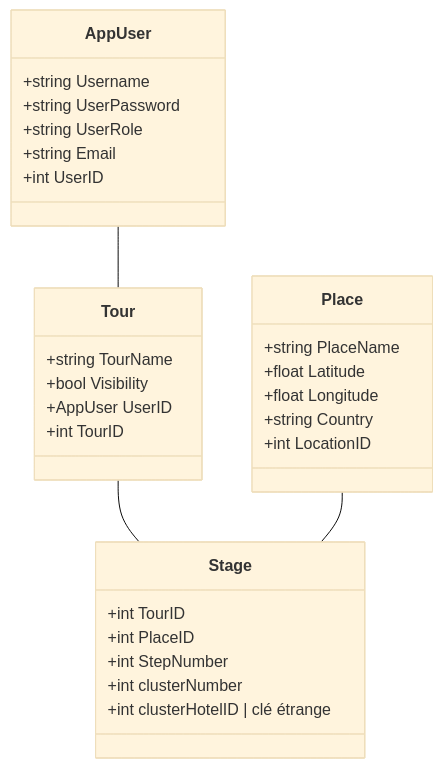
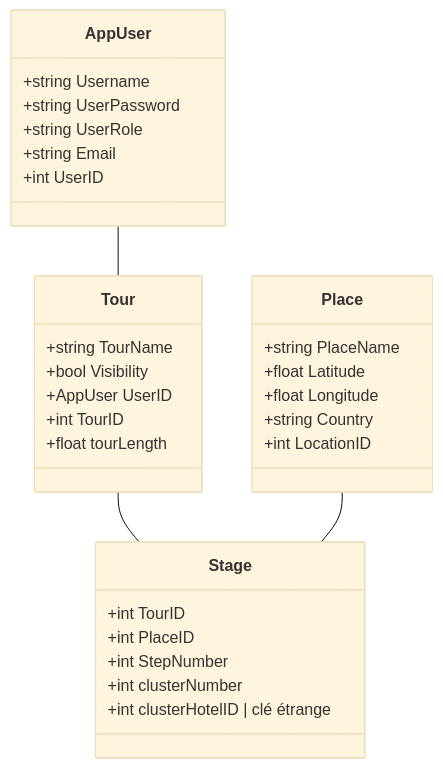
Before and after one commit to AdrienVerstrepen/box-certificative-mario: the diagram in documentation/databaseStructure.mmd, drawn with Mermaid (base theme).

Commit message:
Updated db structure

```diff
--- a/documentation/databaseStructure.mmd
+++ b/documentation/databaseStructure.mmd
@@ -1,35 +1,36 @@
 classDiagram
     class AppUser {
         +string Username
         +string UserPassword
         +string UserRole
         +string Email
         +int UserID
     }
 
     class Tour {
         +string TourName
         +bool Visibility
         +AppUser UserID
         +int TourID
+        +float tourLength
     }
 
     class Place {
         +string PlaceName
         +float Latitude
         +float Longitude
         +string Country
         +int LocationID
     }
 
     class Stage {
         +int TourID
         +int PlaceID
         +int StepNumber
         +int clusterNumber
         +int clusterHotelID | clé étrange
     }
 
     AppUser -- Tour
     Tour -- Stage
     Place -- Stage
```
